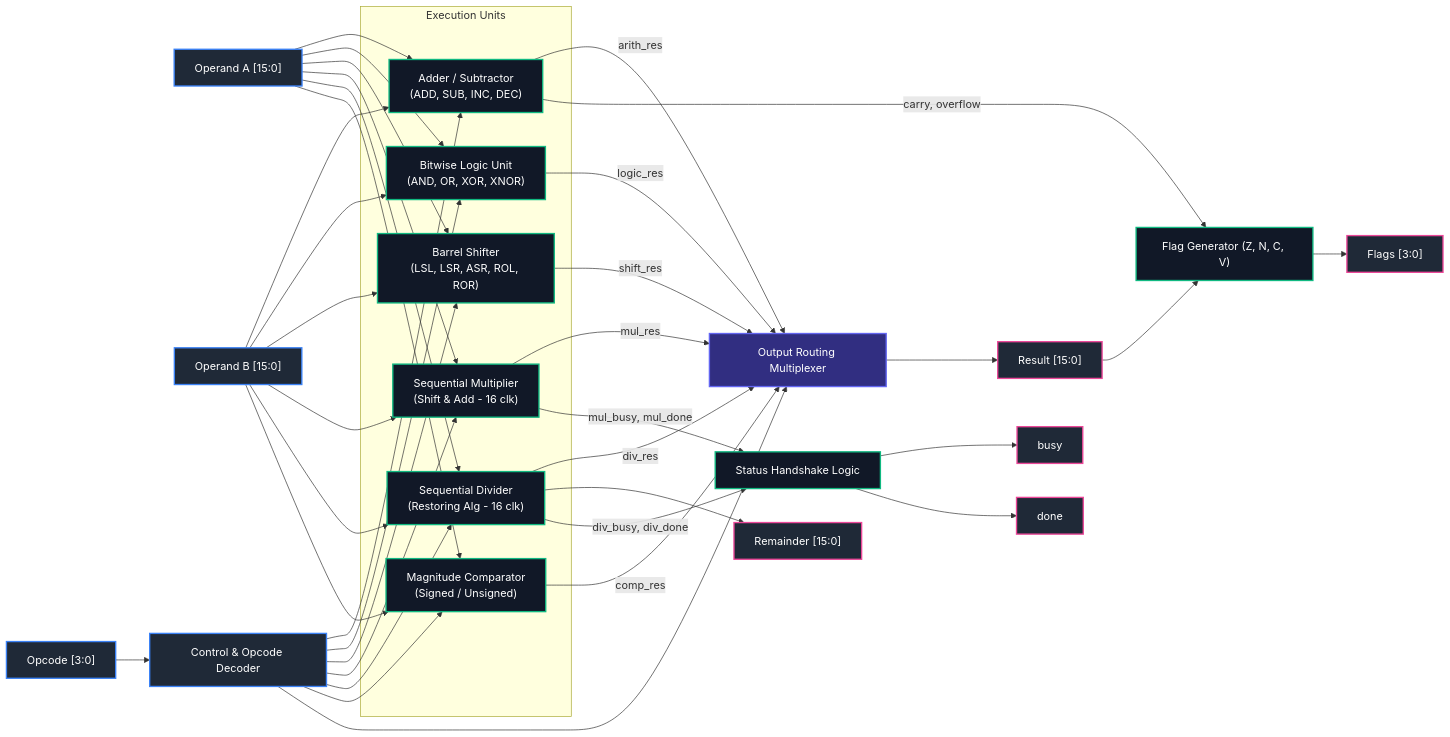
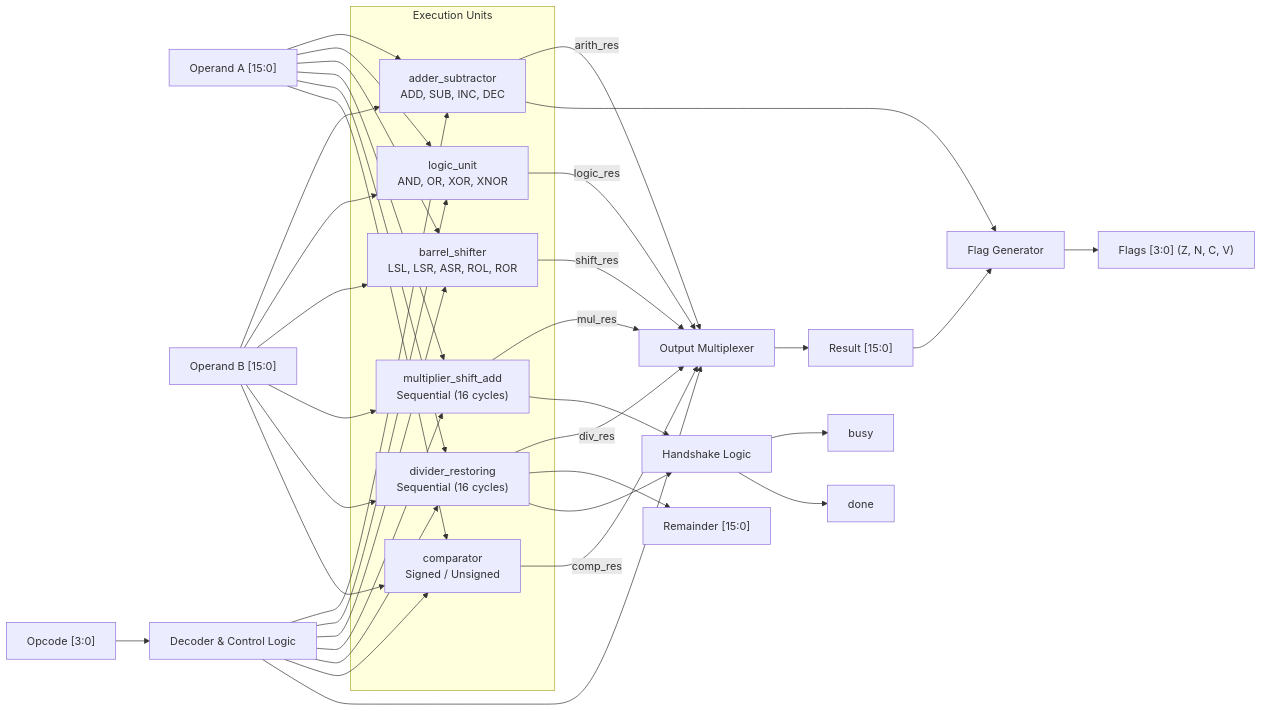
Before and after one commit to abhayece/Advanced_alu: the diagram in README.md, drawn with Mermaid. The commit also changed other lines of this file, not shown here.

````diff
--- a/README.md
+++ b/README.md
@@ -36,40 +43,35 @@
 ```mermaid
 flowchart LR
-    classDef input fill:#1f2937,stroke:#3b82f6,stroke-width:2px,color:#fff;
-    classDef module fill:#111827,stroke:#10b981,stroke-width:2px,color:#fff;
-    classDef mux fill:#312e81,stroke:#6366f1,stroke-width:2px,color:#fff;
-    classDef output fill:#1f2937,stroke:#ec4899,stroke-width:2px,color:#fff;
-
-    A["Operand A [15:0]"]:::input --> U_ARITH & U_LOGIC & U_SHIFT & U_MUL & U_DIV & U_COMP
-    B["Operand B [15:0]"]:::input --> U_ARITH & U_LOGIC & U_SHIFT & U_MUL & U_DIV & U_COMP
-    OP["Opcode [3:0]"]:::input --> CTRL["Control & Opcode Decoder"]:::input
+    A["Operand A [15:0]"] --> U_ARITH & U_LOGIC & U_SHIFT & U_MUL & U_DIV & U_COMP
+    B["Operand B [15:0]"] --> U_ARITH & U_LOGIC & U_SHIFT & U_MUL & U_DIV & U_COMP
+    OP["Opcode [3:0]"] --> CTRL["Decoder & Control Logic"]
     CTRL --> U_ARITH & U_LOGIC & U_SHIFT & U_MUL & U_DIV & U_COMP & MUX
 
-    subgraph Execution_Engines [" Execution Units "]
-        U_ARITH["Adder / Subtractor<br/>(ADD, SUB, INC, DEC)"]:::module
-        U_LOGIC["Bitwise Logic Unit<br/>(AND, OR, XOR, XNOR)"]:::module
-        U_SHIFT["Barrel Shifter<br/>(LSL, LSR, ASR, ROL, ROR)"]:::module
-        U_MUL["Sequential Multiplier<br/>(Shift & Add - 16 clk)"]:::module
-        U_DIV["Sequential Divider<br/>(Restoring Alg - 16 clk)"]:::module
-        U_COMP["Magnitude Comparator<br/>(Signed / Unsigned)"]:::module
+    subgraph Units [" Execution Units "]
+        U_ARITH["adder_subtractor<br/>ADD, SUB, INC, DEC"]
+        U_LOGIC["logic_unit<br/>AND, OR, XOR, XNOR"]
+        U_SHIFT["barrel_shifter<br/>LSL, LSR, ASR, ROL, ROR"]
+        U_MUL["multiplier_shift_add<br/>Sequential (16 cycles)"]
+        U_DIV["divider_restoring<br/>Sequential (16 cycles)"]
+        U_COMP["comparator<br/>Signed / Unsigned"]
     end
 
-    U_ARITH -->|arith_res| MUX["Output Routing Multiplexer"]:::mux
+    U_ARITH -->|arith_res| MUX["Output Multiplexer"]
     U_LOGIC -->|logic_res| MUX
     U_SHIFT -->|shift_res| MUX
     U_MUL -->|mul_res| MUX
     U_DIV -->|div_res| MUX
     U_COMP -->|comp_res| MUX
 
-    MUX --> RESULT["Result [15:0]"]:::output
-    U_DIV --> REMAINDER["Remainder [15:0]"]:::output
+    MUX --> RESULT["Result [15:0]"]
+    U_DIV --> REMAINDER["Remainder [15:0]"]
 
-    U_ARITH -->|carry, overflow| FLAGS["Flag Generator (Z, N, C, V)"]:::module
+    U_ARITH --> FLAGS["Flag Generator"]
     RESULT --> FLAGS
-    FLAGS --> FLAG_OUT["Flags [3:0]"]:::output
+    FLAGS --> FLAG_OUT["Flags [3:0] (Z, N, C, V)"]
 
-    U_MUL -->|mul_busy, mul_done| STATUS["Status Handshake Logic"]:::module
-    U_DIV -->|div_busy, div_done| STATUS
-    STATUS --> BUSY["busy"]:::output
-    STATUS --> DONE["done"]:::output
+    U_MUL --> STATUS["Handshake Logic"]
+    U_DIV --> STATUS
+    STATUS --> BUSY["busy"]
+    STATUS --> DONE["done"]
 ```
````
